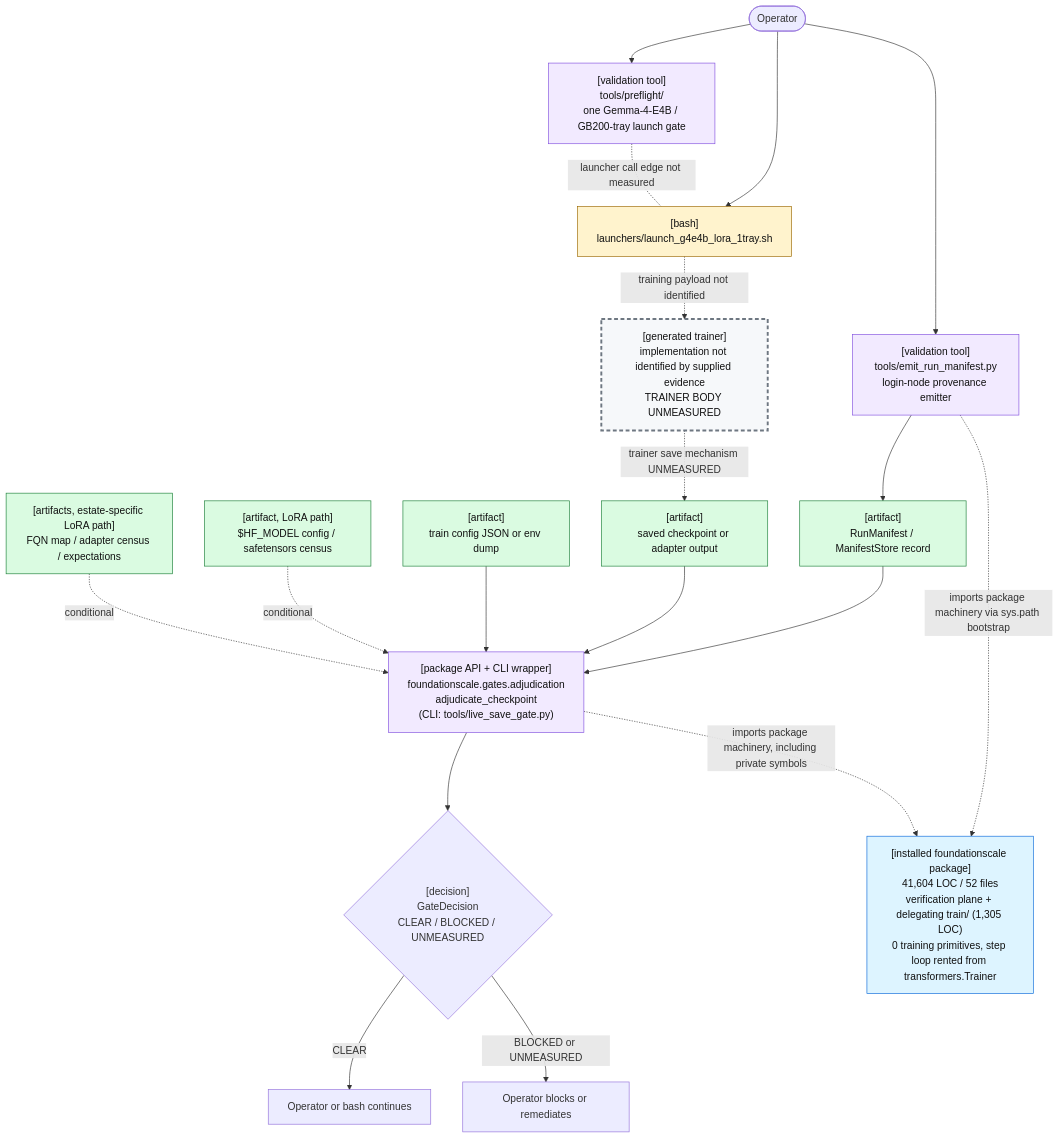
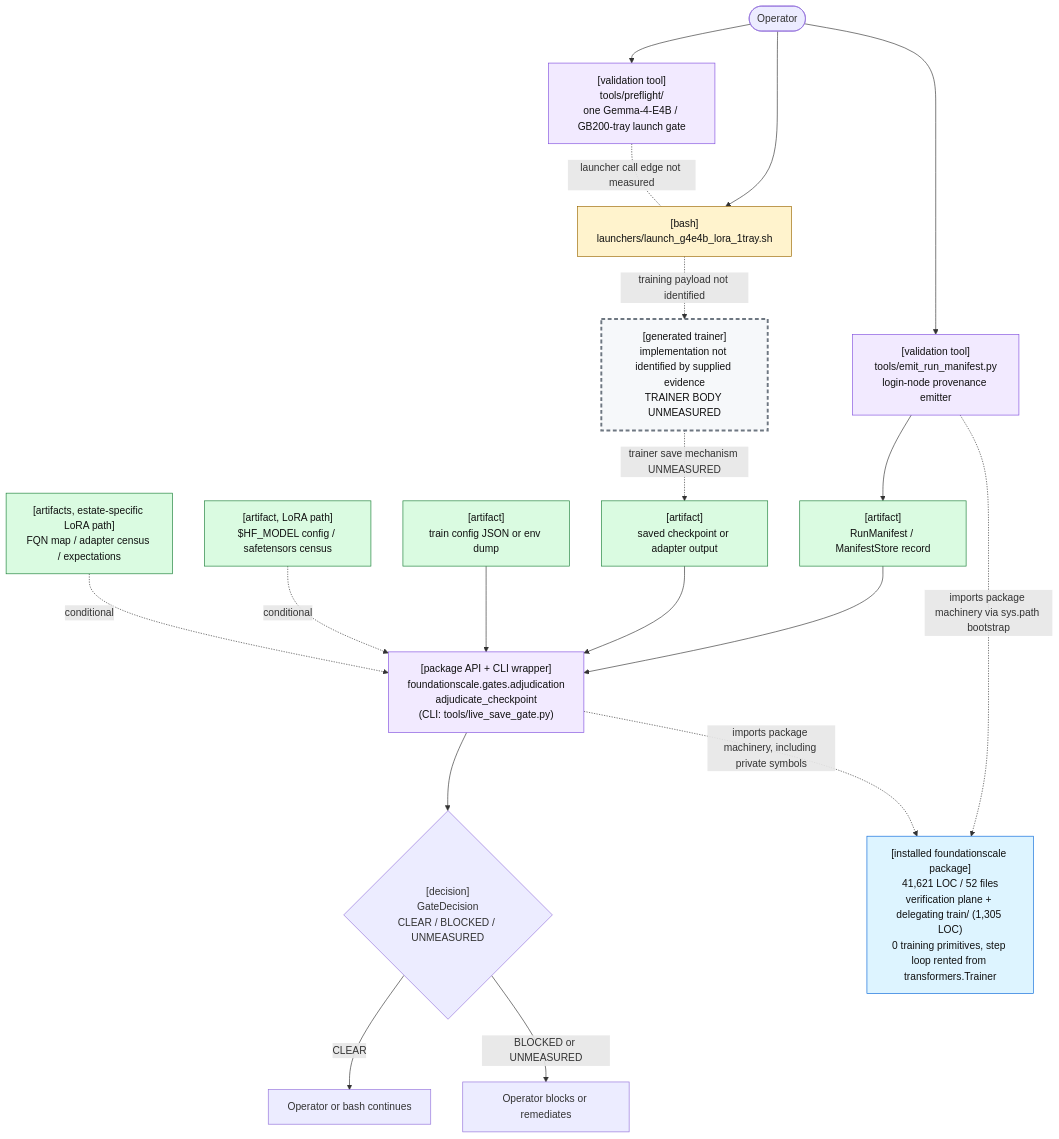
Before and after one commit to TranNhiem/FoundationScale: the first of 2 diagrams in docs/review/D2_current_architecture.md, drawn with Mermaid. The commit also changed other lines of this file and 17 other files, not shown here.

````diff
--- a/docs/review/D2_current_architecture.md
+++ b/docs/review/D2_current_architecture.md
@@ -25,59 +25,59 @@
 ```mermaid
 flowchart TB
   O(["Operator"])
 
   PF["[validation tool]<br/>tools/preflight/<br/>one Gemma-4-E4B / GB200-tray launch gate"]
   L["[bash]<br/>launchers/launch_g4e4b_lora_1tray.sh"]
 
   E["[validation tool]<br/>tools/emit_run_manifest.py<br/>login-node provenance emitter"]
   M["[artifact]<br/>RunManifest / ManifestStore record"]
 
   T["[generated trainer]<br/>implementation not identified by supplied evidence<br/>TRAINER BODY UNMEASURED"]
   C["[artifact]<br/>saved checkpoint or adapter output"]
 
   G["[package API + CLI wrapper]<br/>foundationscale.gates.adjudication<br/>adjudicate_checkpoint<br/>(CLI: tools/live_save_gate.py)"]
   CFG["[artifact]<br/>train config JSON or env dump"]
   BASE["[artifact, LoRA path]<br/>$HF_MODEL config / safetensors census"]
   CEN["[artifacts, estate-specific LoRA path]<br/>FQN map / adapter census / expectations"]
 
   D{"[decision]<br/>GateDecision<br/>CLEAR / BLOCKED / UNMEASURED"}
   OK["Operator or bash continues"]
   NO["Operator blocks or remediates"]
 
-  PKG["[installed foundationscale package]<br/>41,604 LOC / 52 files<br/>verification plane + delegating train/ (1,305 LOC)<br/>0 training primitives, step loop rented from transformers.Trainer"]
+  PKG["[installed foundationscale package]<br/>41,621 LOC / 52 files<br/>verification plane + delegating train/ (1,305 LOC)<br/>0 training primitives, step loop rented from transformers.Trainer"]
 
   O --> PF
   O --> L
   PF -. "launcher call edge not measured" .- L
 
   O --> E
   E --> M
 
   L -. "training payload not identified" .-> T
   T -. "trainer save mechanism UNMEASURED" .-> C
 
   M --> G
   C --> G
   CFG --> G
   BASE -. "conditional" .-> G
   CEN -. "conditional" .-> G
 
   E -. "imports package machinery via sys.path bootstrap" .-> PKG
   G -. "imports package machinery, including private symbols" .-> PKG
 
   G --> D
   D -->|"CLEAR"| OK
   D -->|"BLOCKED or UNMEASURED"| NO
 
   classDef bash fill:#fff3cd,stroke:#9a6700,color:#111;
   classDef tool fill:#f2eaff,stroke:#8250df,color:#111;
   classDef artifact fill:#dafbe1,stroke:#1a7f37,color:#111;
   classDef gap fill:#f6f8fa,stroke:#6e7781,stroke-width:3px,stroke-dasharray: 6 4,color:#111;
   classDef pkg fill:#ddf4ff,stroke:#0969da,color:#111;
 
   class L bash;
   class PF,E,G tool;
   class M,C,CFG,BASE,CEN artifact;
   class T gap;
   class PKG pkg;
 ```
````
